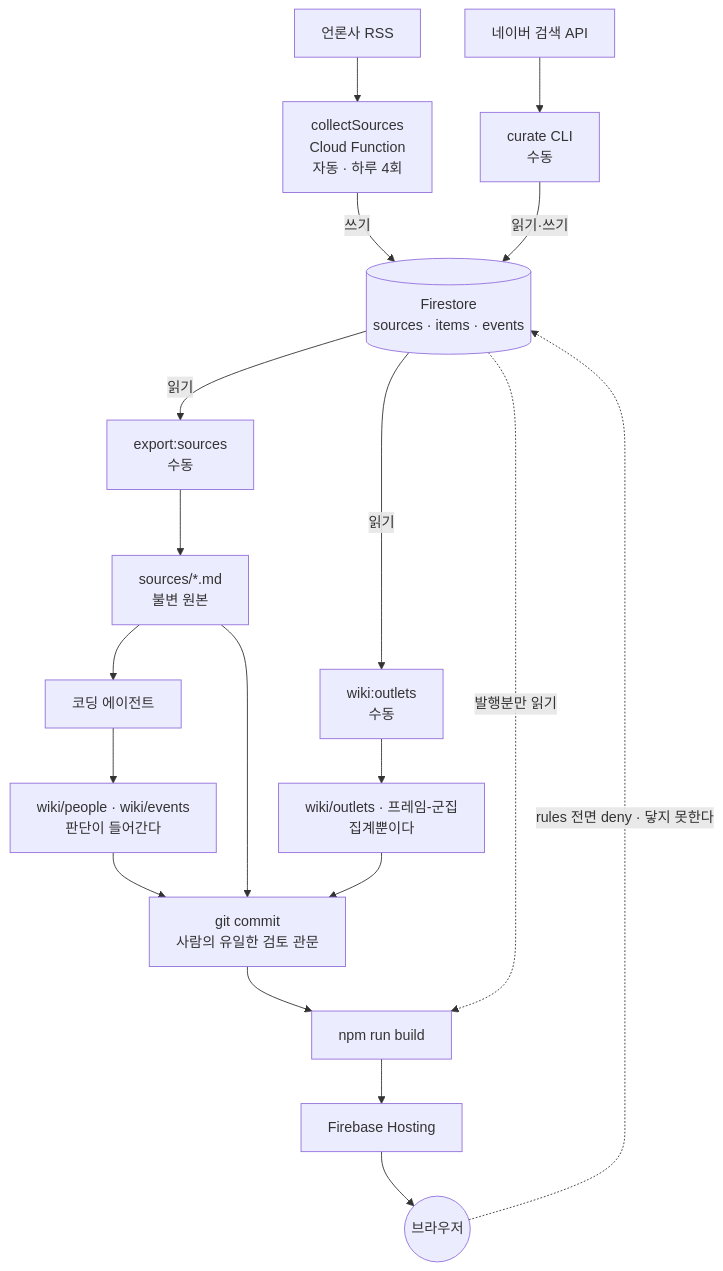
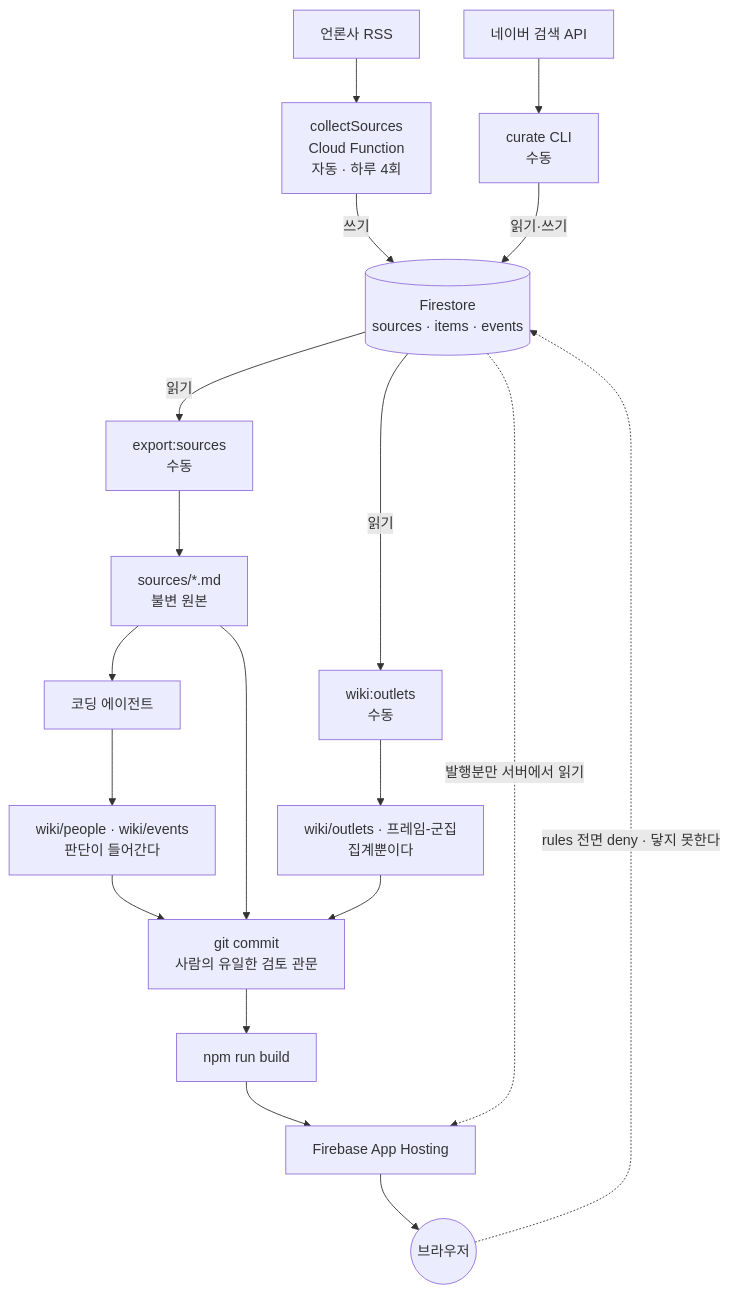
Before and after one commit to EtainClub/ljm-wiki: the diagram in docs/ARCHITECTURE.md, drawn with Mermaid. The commit also changed other lines of this file and 20 other files, not shown here.

Commit message:
feat: migrate site delivery to App Hosting

````diff
--- a/docs/ARCHITECTURE.md
+++ b/docs/ARCHITECTURE.md
@@ -14,37 +14,37 @@
 ```mermaid
 flowchart TB
     RSS[언론사 RSS]
     NAVER[네이버 검색 API]
     CF[collectSources<br/>Cloud Function<br/>자동 · 하루 4회]
     CUR[curate CLI<br/>수동]
     FS[(Firestore<br/>sources · items · events)]
     EXP[export:sources<br/>수동]
     WOUT[wiki:outlets<br/>수동]
     SRC[sources/*.md<br/>불변 원본]
     AGENT[코딩 에이전트]
     WIKI[wiki/people · wiki/events<br/>판단이 들어간다]
     GEN[wiki/outlets · 프레임-군집<br/>집계뿐이다]
     GIT[git commit<br/>사람의 유일한 검토 관문]
     BUILD[npm run build]
-    HOST[Firebase Hosting]
+    HOST[Firebase App Hosting]
     USER((브라우저))
 
     RSS --> CF
     CF -->|쓰기| FS
     NAVER --> CUR
     CUR -->|읽기·쓰기| FS
     FS -->|읽기| EXP
     FS -->|읽기| WOUT
     EXP --> SRC
     WOUT --> GEN
     SRC --> AGENT
     AGENT --> WIKI
     WIKI --> GIT
     GEN --> GIT
     SRC --> GIT
     GIT --> BUILD
-    FS -. 발행분만 읽기 .-> BUILD
+    FS -. 발행분만 서버에서 읽기 .-> HOST
     BUILD --> HOST
     HOST --> USER
     USER -.->|rules 전면 deny · 닿지 못한다| FS
 ```
````
